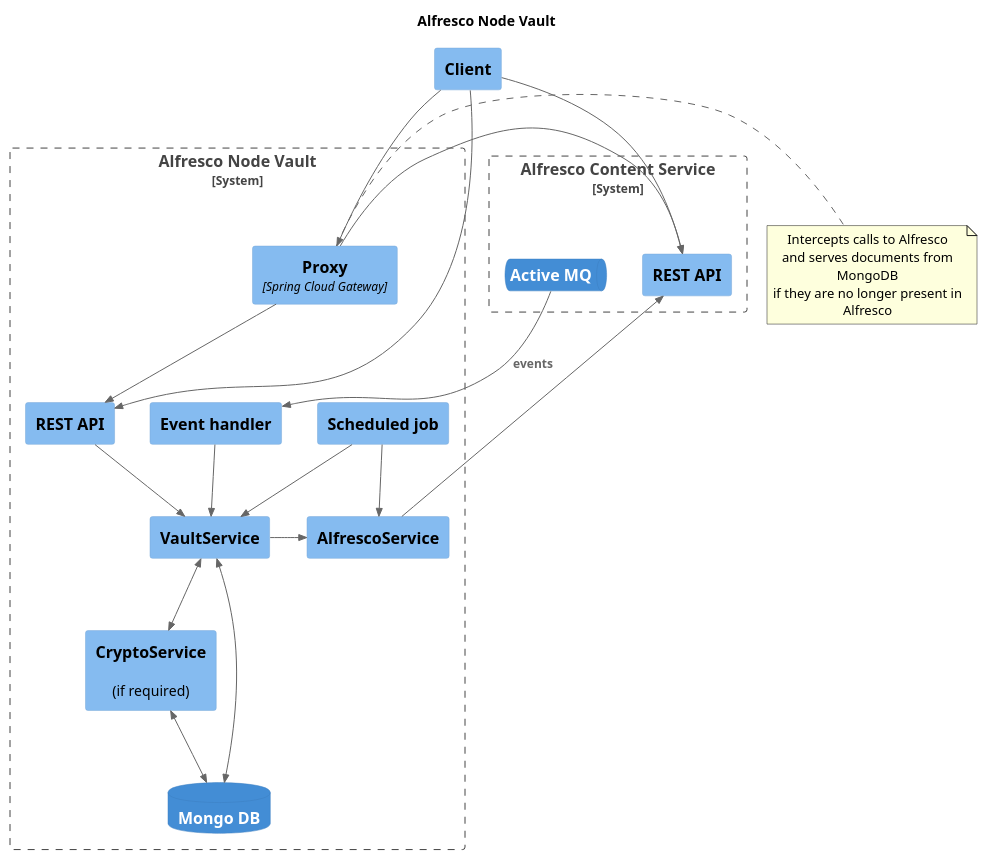
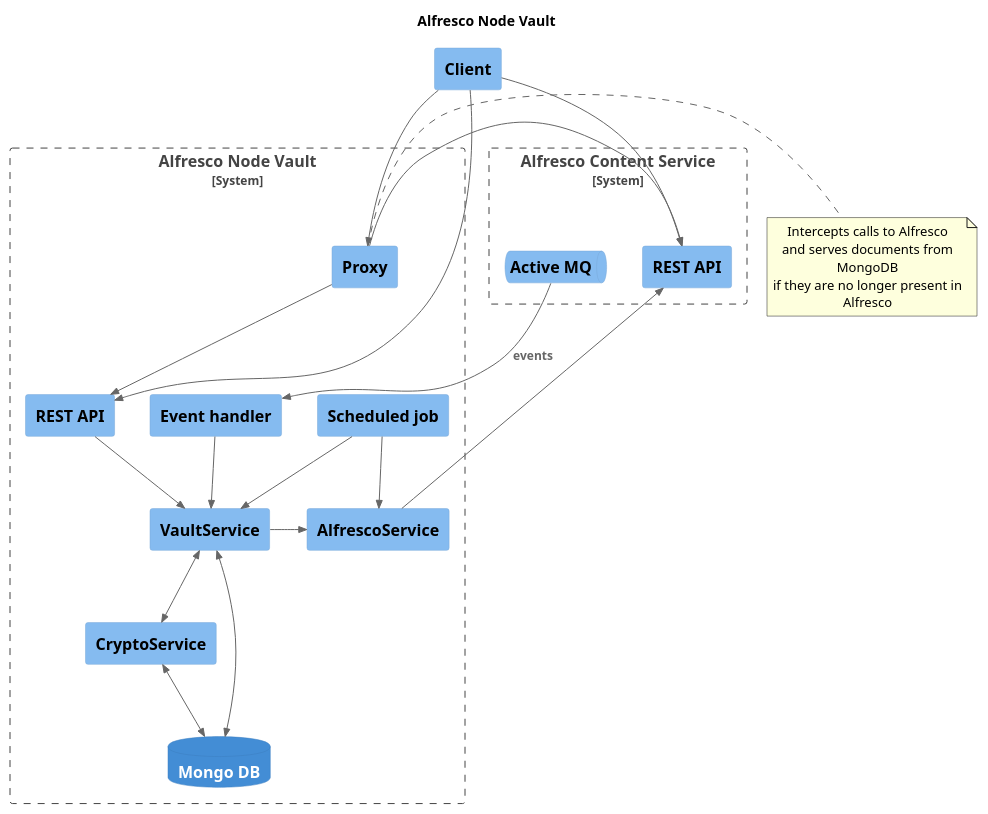
Before and after one commit to saidone75/alfresco-node-vault: the diagram in architecture.puml, drawn with PlantUML.

Commit message:
Remove redundant labels and placeholders in architecture.puml components and queues

```diff
--- a/architecture.puml
+++ b/architecture.puml
@@ -1,50 +1,50 @@
 @startuml
 !include <C4/C4_Container>
 !include <C4/C4_Component>
 
 hide stereotype
 
 title Alfresco Node Vault
 
 System_Boundary(anv, "Alfresco Node Vault") {
-  Component(anvProxy, "Proxy", "Spring Cloud Gateway")
+  Component(anvProxy, "Proxy")
   Component(anvApi, "REST API")
   Component(anvHandler, "Event handler")
   Component(anvJob, "Scheduled job")
   Component(anvVault, "VaultService")
-  Component(anvCrypto, "CryptoService",,"(if required)")
+  Component(anvCrypto, "CryptoService")
   Component(anvAlfresco, "AlfrescoService")
   ContainerDb(anvMongo, "Mongo DB")
 }
 
 note right of [anvProxy]
 Intercepts calls to Alfresco
 and serves documents from MongoDB
 if they are no longer present in Alfresco
 end note
 
 System_Boundary(acs, "Alfresco Content Service") {
-  ContainerQueue(acsQueue, "Active MQ")
+  ComponentQueue(acsQueue, "Active MQ")
   Component(acsApi, "REST API")
 }
 
 Rel_D(acsQueue, anvHandler, "events")
 Rel_D(anvProxy, anvApi, "")
 Rel_R(anvProxy, acsApi, "")
 Rel_D(anvApi, anvVault, "")
 Rel_D(anvHandler, anvVault, "")
 Rel_D(anvJob, anvVault, "")
 Rel_D(anvJob, anvAlfresco, "")
 BiRel_D(anvVault, anvCrypto, "")
 BiRel_D(anvVault, anvMongo, "")
 BiRel_D(anvCrypto, anvMongo, "")
 Rel_R(anvVault, anvAlfresco, "")
 Rel_R(anvAlfresco, acsApi, "")
 
 Component(client, "Client")
 
 Rel_D(client, anvProxy, "")
 Rel_D(client, anvApi, "")
 Rel_D(client, acsApi, "")
 
 @enduml
```
